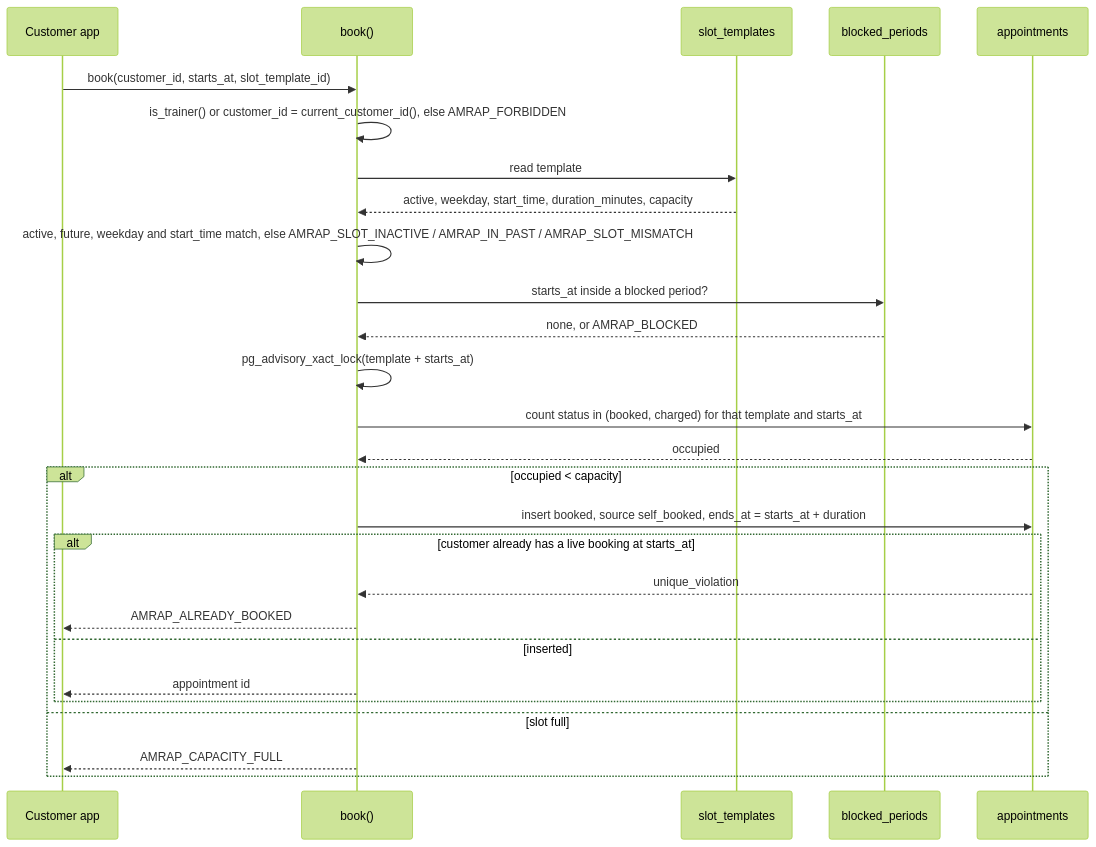
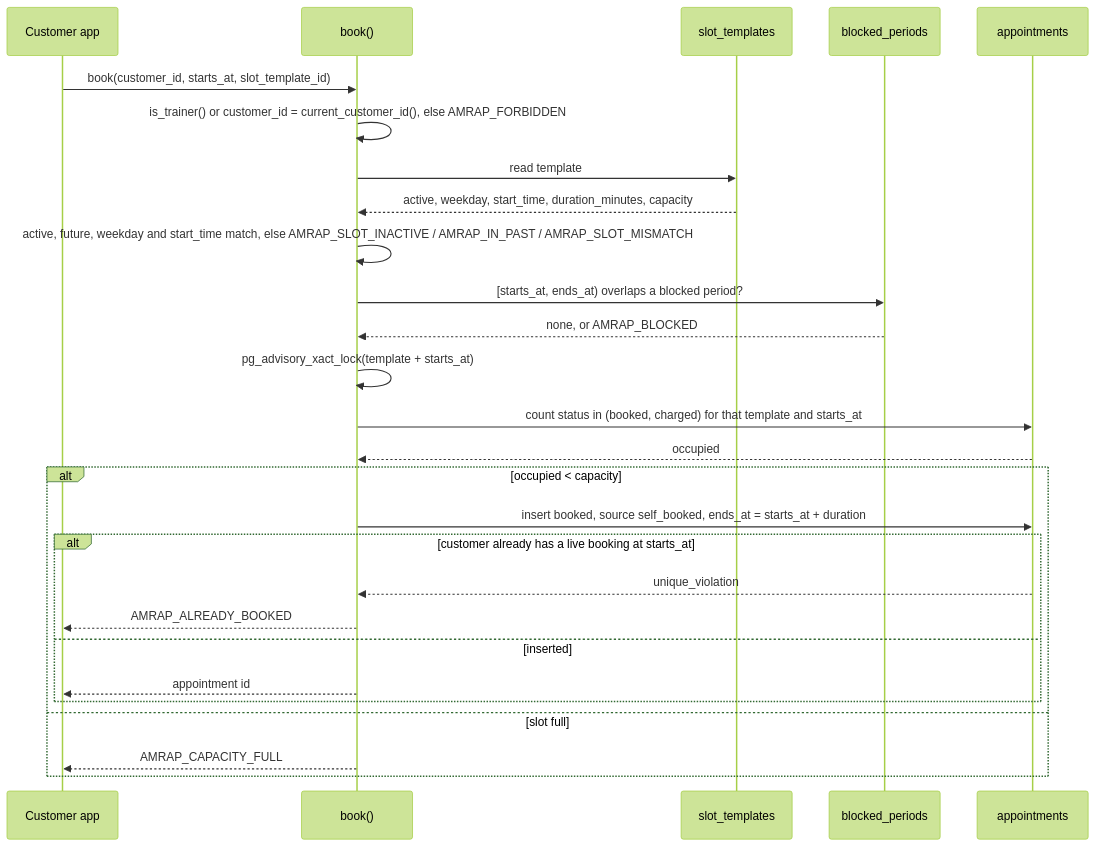
One commit to JasaGlazar/amrap changed the diagram in docs/architecture/booking-sequence.md. Above: the diagram before and after it, drawn with Mermaid (forest theme). The commit also changed other lines of this file and 5 other files, not shown here.

First line of the commit message:
fix(db): book() rejects appointments that overlap a blocked period

````diff
--- a/docs/architecture/booking-sequence.md
+++ b/docs/architecture/booking-sequence.md
@@ -13,30 +14,30 @@
 ```mermaid
 sequenceDiagram
     participant C as Customer app
     participant B as book()
     participant S as slot_templates
     participant BP as blocked_periods
     participant A as appointments
 
     C->>B: book(customer_id, starts_at, slot_template_id)
     B->>B: is_trainer() or customer_id = current_customer_id(), else AMRAP_FORBIDDEN
     B->>S: read template
     S-->>B: active, weekday, start_time, duration_minutes, capacity
     B->>B: active, future, weekday and start_time match, else AMRAP_SLOT_INACTIVE / AMRAP_IN_PAST / AMRAP_SLOT_MISMATCH
-    B->>BP: starts_at inside a blocked period?
+    B->>BP: [starts_at, ends_at) overlaps a blocked period?
     BP-->>B: none, or AMRAP_BLOCKED
     B->>B: pg_advisory_xact_lock(template + starts_at)
     B->>A: count status in (booked, charged) for that template and starts_at
     A-->>B: occupied
     alt occupied < capacity
         B->>A: insert booked, source self_booked, ends_at = starts_at + duration
         alt customer already has a live booking at starts_at
             A-->>B: unique_violation
             B-->>C: AMRAP_ALREADY_BOOKED
         else inserted
             B-->>C: appointment id
         end
     else slot full
         B-->>C: AMRAP_CAPACITY_FULL
     end
 ```
````
